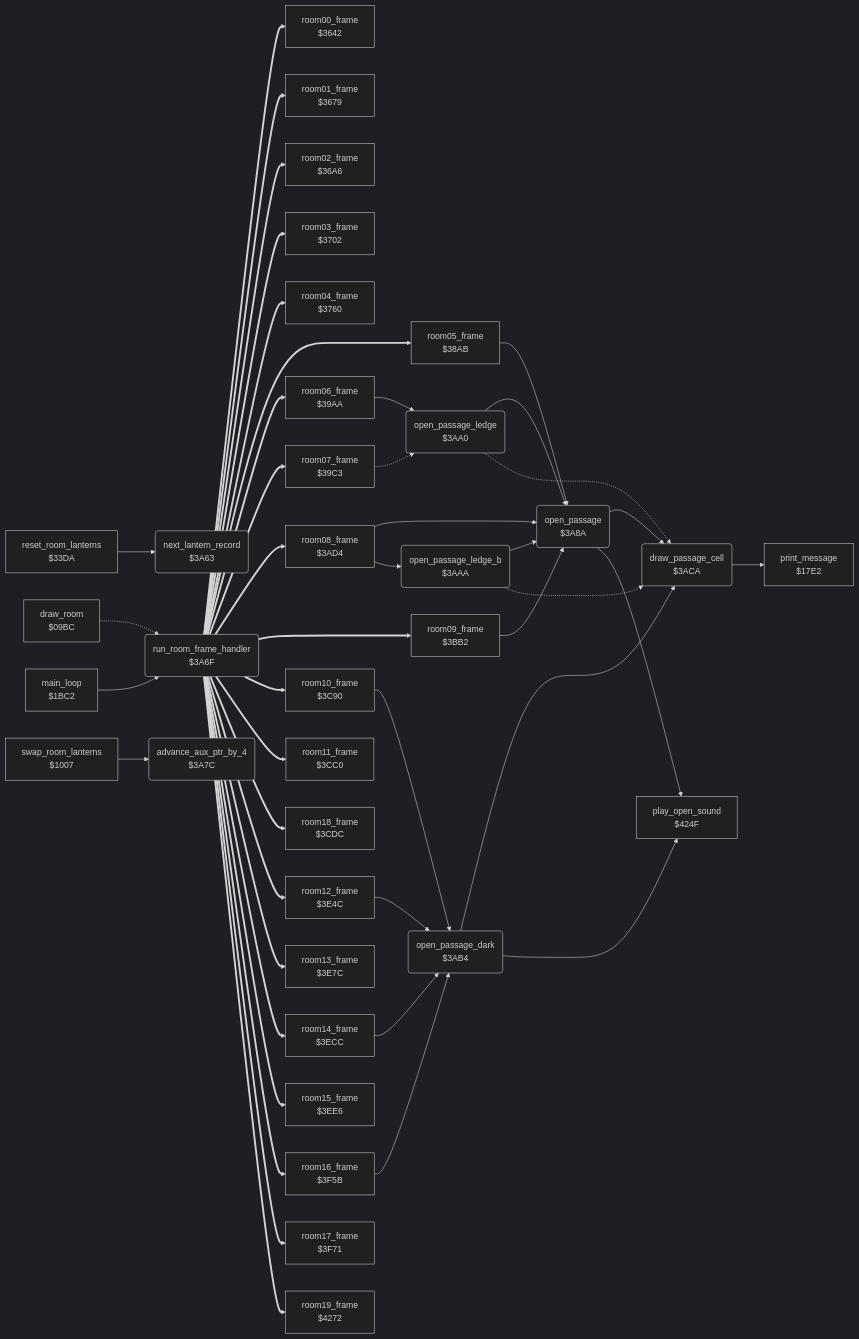
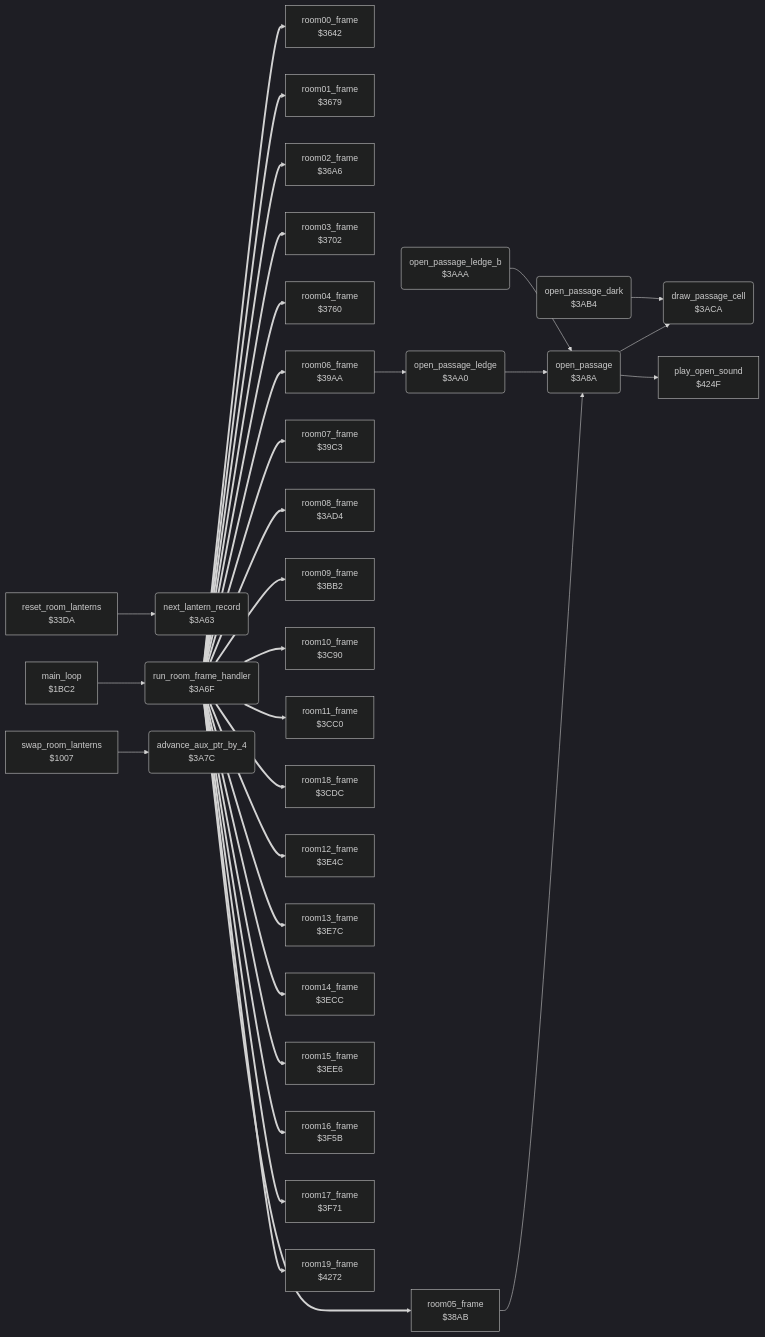
Before and after one commit to henols/c64_games: the diagram in bruce_lee/docs/reference/modules/room/passage_open.md, drawn with Mermaid (dark theme). The commit also changed other lines of this file and 236 other files, not shown here.

````diff
--- a/bruce_lee/docs/reference/modules/room/passage_open.md
+++ b/bruce_lee/docs/reference/modules/room/passage_open.md
@@ -10,80 +25,65 @@
 ```mermaid
 flowchart LR
-  n09bc["draw_room<br/>$09BC"]
   n1007["swap_room_lanterns<br/>$1007"]
-  n17e2["print_message<br/>$17E2"]
   n1bc2["main_loop<br/>$1BC2"]
   n33da["reset_room_lanterns<br/>$33DA"]
   n3642["room00_frame<br/>$3642"]
   n3679["room01_frame<br/>$3679"]
   n36a6["room02_frame<br/>$36A6"]
   n3702["room03_frame<br/>$3702"]
   n3760["room04_frame<br/>$3760"]
   n38ab["room05_frame<br/>$38AB"]
   n39aa["room06_frame<br/>$39AA"]
   n39c3["room07_frame<br/>$39C3"]
   n3a63("next_lantern_record<br/>$3A63")
   n3a6f("run_room_frame_handler<br/>$3A6F")
   n3a7c("advance_aux_ptr_by_4<br/>$3A7C")
   n3a8a("open_passage<br/>$3A8A")
   n3aa0("open_passage_ledge<br/>$3AA0")
   n3aaa("open_passage_ledge_b<br/>$3AAA")
   n3ab4("open_passage_dark<br/>$3AB4")
   n3aca("draw_passage_cell<br/>$3ACA")
   n3ad4["room08_frame<br/>$3AD4"]
   n3bb2["room09_frame<br/>$3BB2"]
   n3c90["room10_frame<br/>$3C90"]
   n3cc0["room11_frame<br/>$3CC0"]
   n3cdc["room18_frame<br/>$3CDC"]
   n3e4c["room12_frame<br/>$3E4C"]
   n3e7c["room13_frame<br/>$3E7C"]
   n3ecc["room14_frame<br/>$3ECC"]
   n3ee6["room15_frame<br/>$3EE6"]
   n3f5b["room16_frame<br/>$3F5B"]
   n3f71["room17_frame<br/>$3F71"]
   n424f["play_open_sound<br/>$424F"]
   n4272["room19_frame<br/>$4272"]
-  n09bc -.-> n3a6f
   n1007 --> n3a7c
   n1bc2 --> n3a6f
   n33da --> n3a63
   n38ab --> n3a8a
   n39aa --> n3aa0
-  n39c3 -.-> n3aa0
   n3a6f ==> n3642
   n3a6f ==> n3679
   n3a6f ==> n36a6
   n3a6f ==> n3702
   n3a6f ==> n3760
   n3a6f ==> n38ab
   n3a6f ==> n39aa
   n3a6f ==> n39c3
   n3a6f ==> n3ad4
   n3a6f ==> n3bb2
   n3a6f ==> n3c90
   n3a6f ==> n3cc0
   n3a6f ==> n3cdc
   n3a6f ==> n3e4c
   n3a6f ==> n3e7c
   n3a6f ==> n3ecc
   n3a6f ==> n3ee6
   n3a6f ==> n3f5b
   n3a6f ==> n3f71
   n3a6f ==> n4272
   n3a8a --> n3aca
   n3a8a --> n424f
   n3aa0 --> n3a8a
-  n3aa0 -.-> n3aca
   n3aaa --> n3a8a
-  n3aaa -.-> n3aca
   n3ab4 --> n3aca
-  n3ab4 --> n424f
-  n3aca --> n17e2
-  n3ad4 --> n3a8a
-  n3ad4 --> n3aaa
-  n3bb2 --> n3a8a
-  n3c90 --> n3ab4
-  n3e4c --> n3ab4
-  n3ecc --> n3ab4
-  n3f5b --> n3ab4
 ```
````
